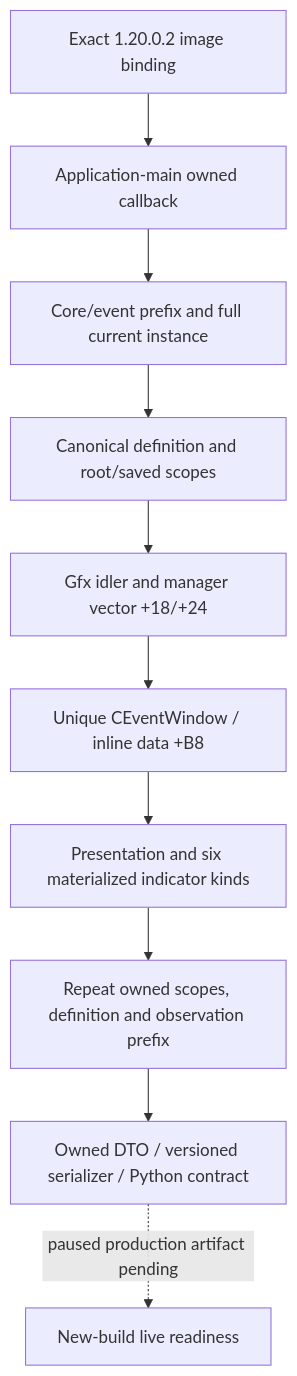
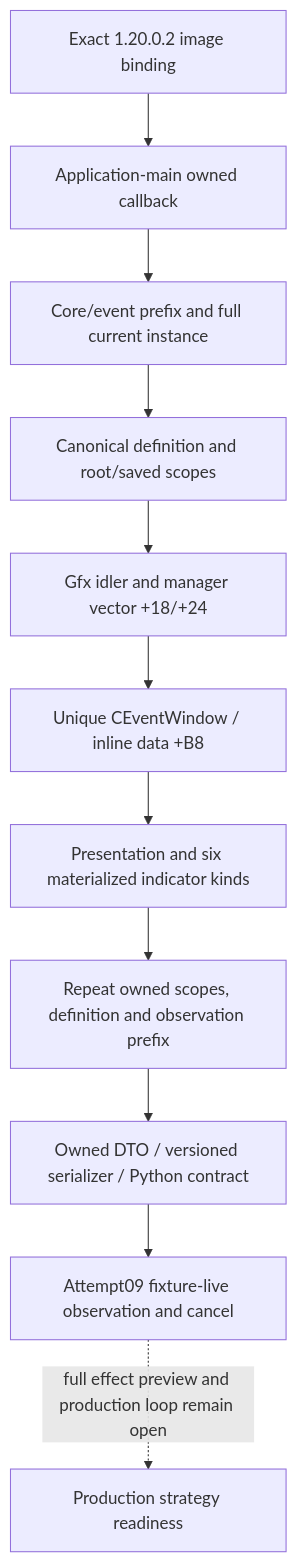
Before and after one commit to XenoAmess/ck3_eternal_recurrence: the diagram in docs/ck3-native-ai/event-window-context-1.20.0.2.md, drawn with Mermaid. The commit also changed other lines of this file and 11 other files, not shown here.

````diff
--- a/docs/ck3-native-ai/event-window-context-1.20.0.2.md
+++ b/docs/ck3-native-ai/event-window-context-1.20.0.2.md
@@ -60,12 +60,13 @@
 ```mermaid
 flowchart TD
     A[Exact 1.20.0.2 image binding] --> B[Application-main owned callback]
     B --> C[Core/event prefix and full current instance]
     C --> D[Canonical definition and root/saved scopes]
     D --> E[Gfx idler and manager vector +18/+24]
     E --> F[Unique CEventWindow / inline data +B8]
     F --> G[Presentation and six materialized indicator kinds]
     G --> H[Repeat owned scopes, definition and observation prefix]
     H --> I[Owned DTO / versioned serializer / Python contract]
-    I -. paused production artifact pending .-> J[New-build live readiness]
+    I --> J[Attempt09 fixture-live observation and cancel]
+    J -. full effect preview and production loop remain open .-> K[Production strategy readiness]
 ```
````
